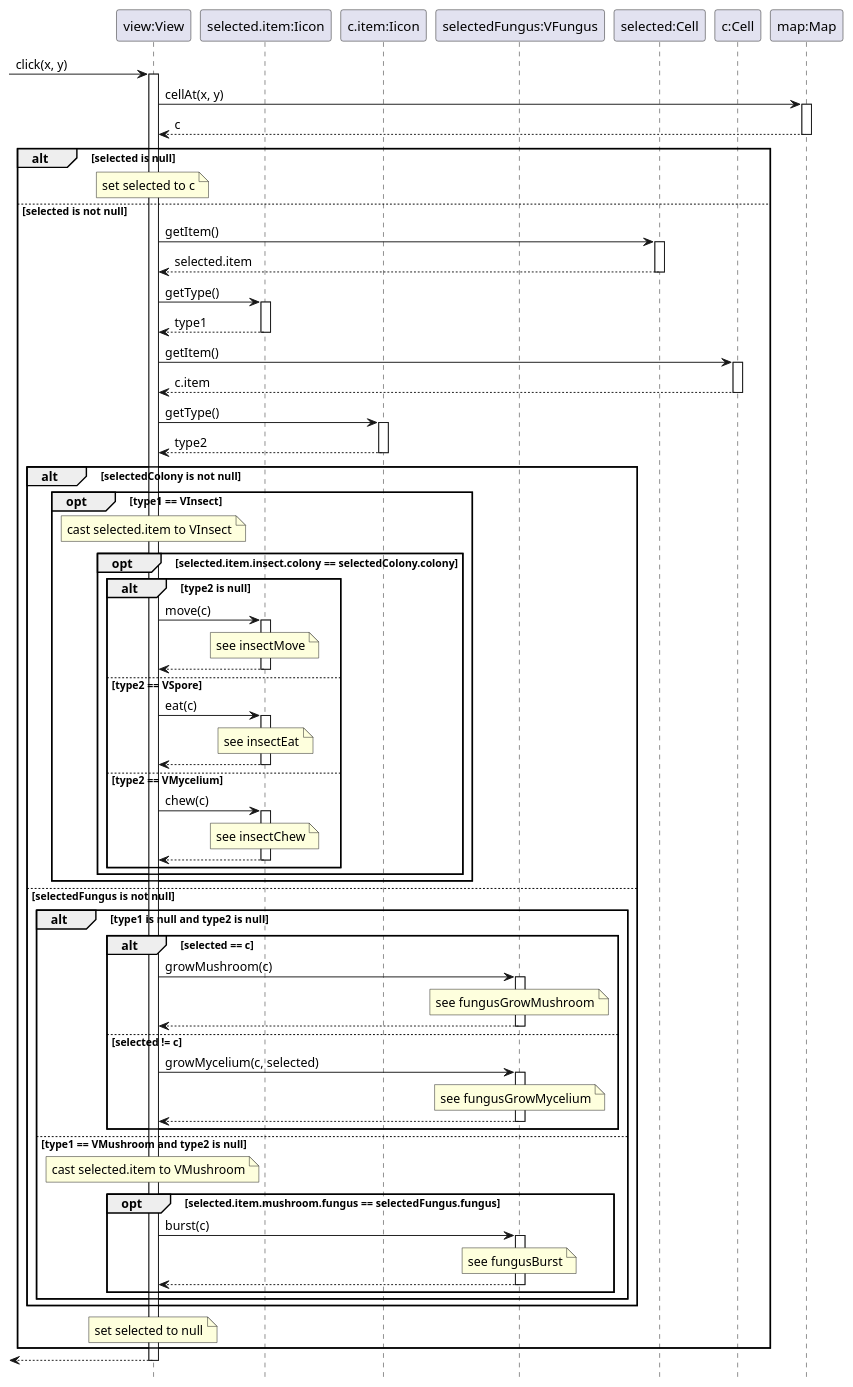
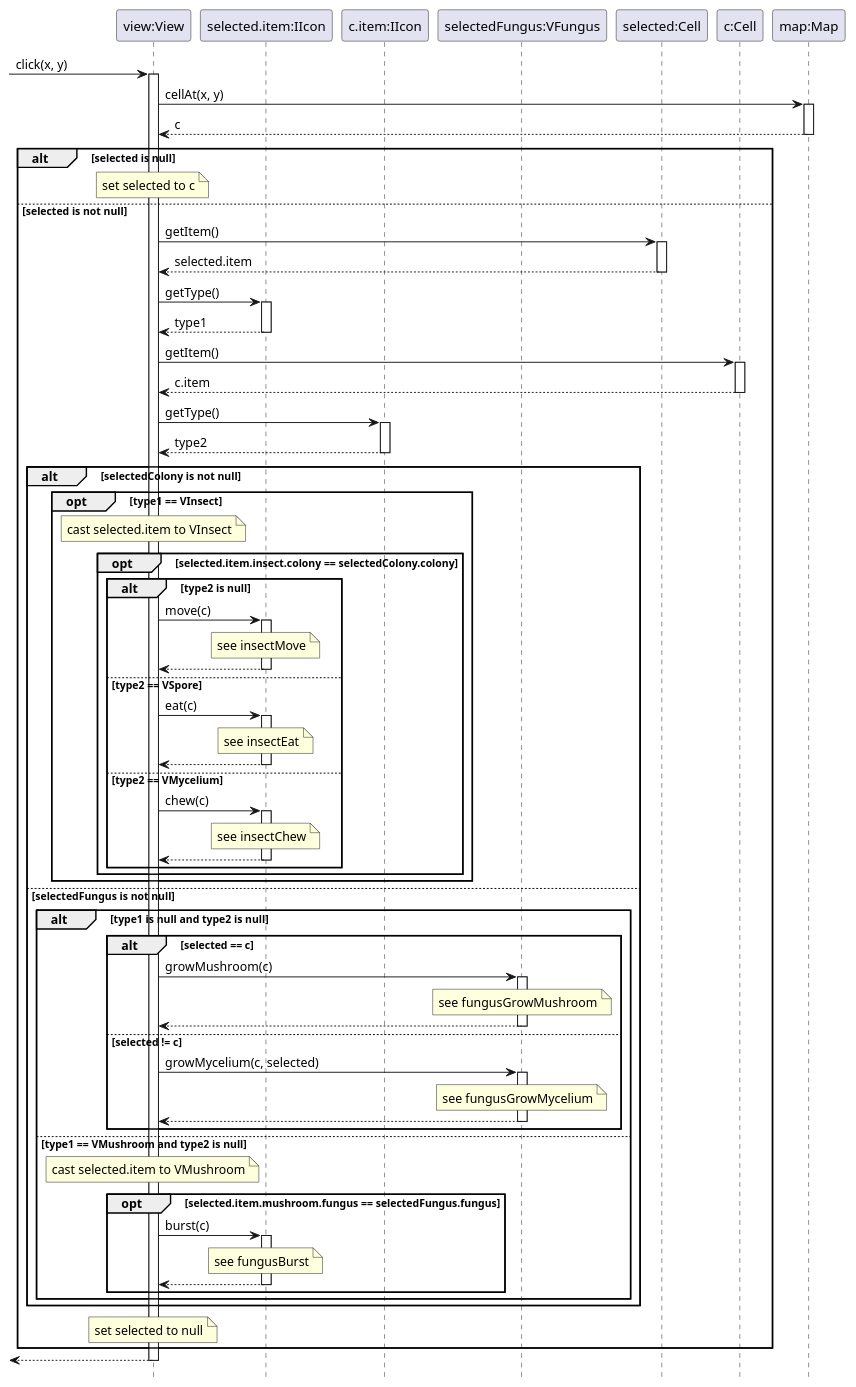
Before and after one commit to ZD4ve/projlab-error521: the diagram in GuiPlan/click.puml, drawn with PlantUML. The commit also changed 2 other files, not shown here.

```diff
--- a/GuiPlan/click.puml
+++ b/GuiPlan/click.puml
@@ -1,81 +1,81 @@
 @startuml click
 hide footbox
 participant "view:View" as view
-participant "selected.item:Iicon" as selectedItem
-participant "c.item:Iicon" as cItem
+participant "selected.item:IIcon" as selectedItem
+participant "c.item:IIcon" as cItem
 participant "selectedFungus:VFungus" as selectedFungus
 participant "selected:Cell" as selected
 participant "c:Cell" as c
 participant "map:Map" as map
 
 
 -> view : click(x, y)
 activate view
 view -> map : cellAt(x, y)
 activate map
 return c
 alt selected is null
     note over view : set selected to c
 else selected is not null
     view -> selected : getItem()
     activate selected
     return selected.item
     view -> selectedItem : getType()
     activate selectedItem
     return type1
     view -> c : getItem()
     activate c
     return c.item
     view -> cItem : getType()
     activate cItem
     return type2
     alt selectedColony is not null
         opt type1 == VInsect
             note over view : cast selected.item to VInsect 
             ' itt néhány hívást lespóroltam, de be lehet rakni ha muszáj
             opt selected.item.insect.colony == selectedColony.colony
                 alt type2 is null
                     view -> selectedItem : move(c)
                     activate selectedItem
                     note over selectedItem : see insectMove
                     return
                 else type2 == VSpore
                     view -> selectedItem : eat(c)
                     activate selectedItem
                     note over selectedItem : see insectEat
                     return
                 else type2 == VMycelium
                     view -> selectedItem : chew(c)
                     activate selectedItem
                     note over selectedItem : see insectChew
                     return
                 end
             end
         end
     else selectedFungus is not null
         alt type1 is null and type2 is null
             alt selected == c
                 view -> selectedFungus : growMushroom(c)
                 activate selectedFungus
                 note over selectedFungus : see fungusGrowMushroom
                 return
             else selected != c
                 view -> selectedFungus : growMycelium(c, selected)
                 activate selectedFungus
                 note over selectedFungus : see fungusGrowMycelium
                 return
             end
         else type1 == VMushroom and type2 is null
             note over view : cast selected.item to VMushroom
             opt selected.item.mushroom.fungus == selectedFungus.fungus
-                view -> selectedFungus : burst(c)
-                activate selectedFungus
-                note over selectedFungus : see fungusBurst
+                view -> selectedItem : burst(c)
+                activate selectedItem
+                note over selectedItem : see fungusBurst
                 return
             end
         end
     end
     note over view : set selected to null
 end
 return
 @enduml
```
